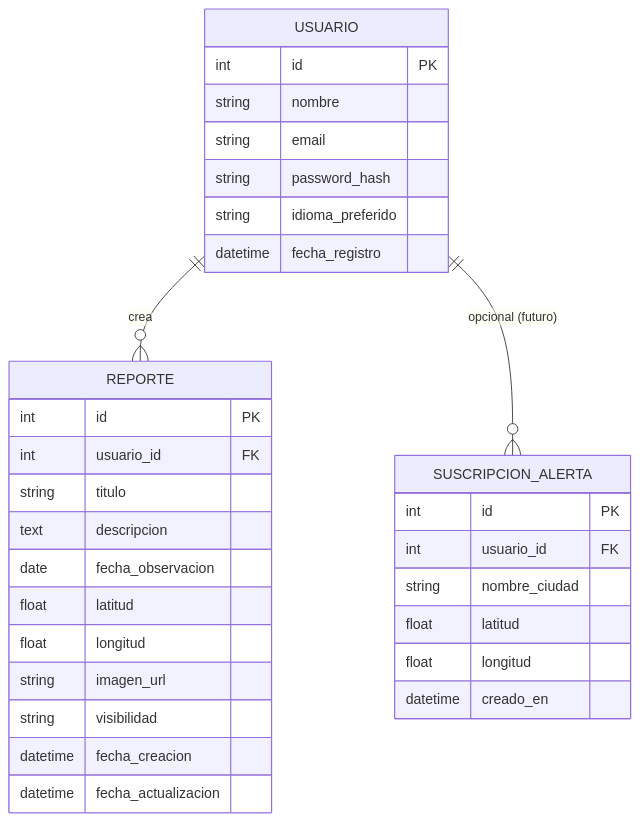
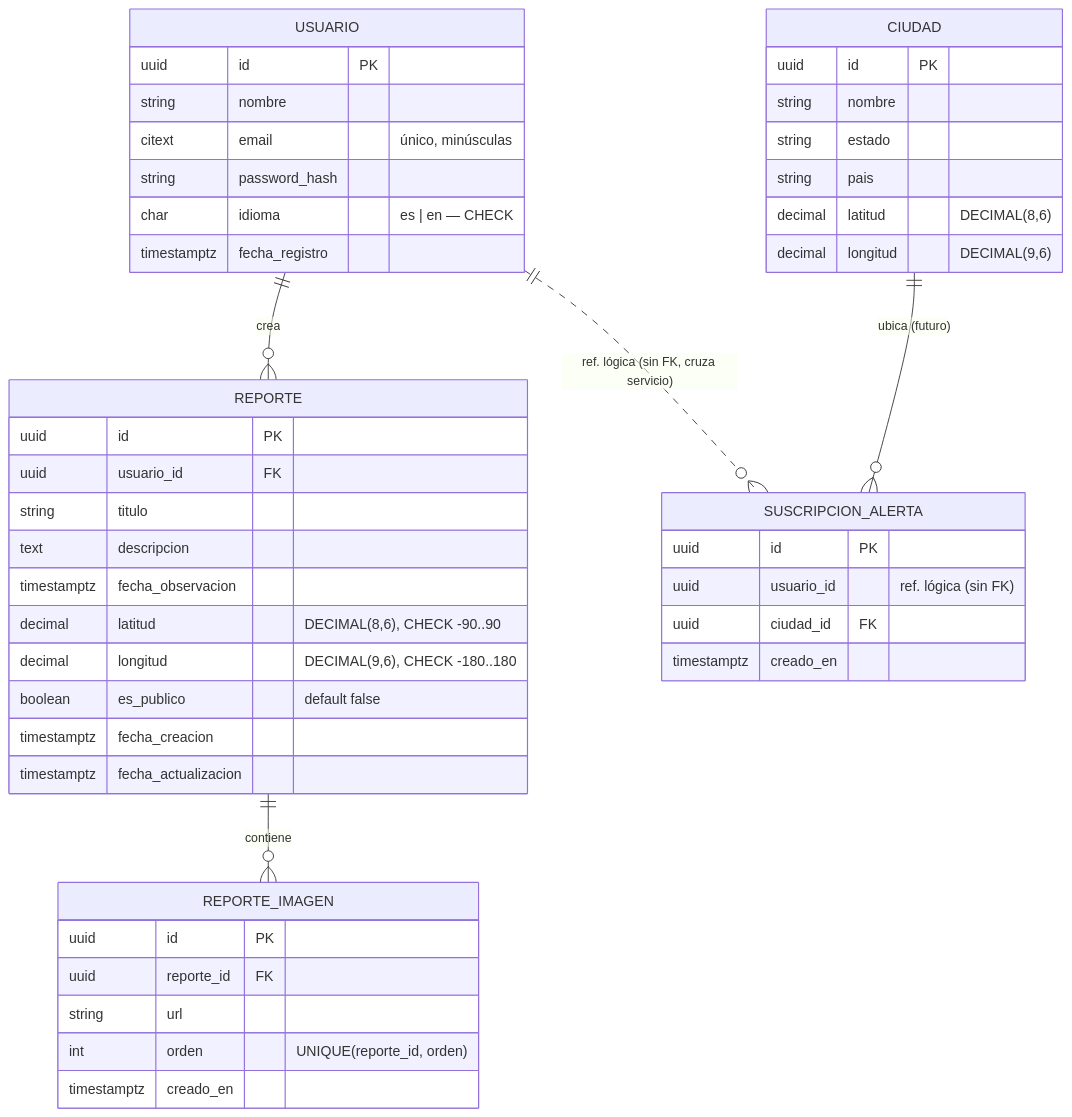
One commit to DjRober/spacemx changed the diagram in docs/modelo_datos.md. Above: the diagram before and after it, drawn with Mermaid. The commit also changed other lines of this file, not shown here.

````diff
--- a/docs/modelo_datos.md
+++ b/docs/modelo_datos.md
@@ -16,34 +22,49 @@
 ```mermaid
 erDiagram
     USUARIO ||--o{ REPORTE : crea
+    REPORTE ||--o{ REPORTE_IMAGEN : contiene
+    USUARIO ||..o{ SUSCRIPCION_ALERTA : "ref. lógica (sin FK, cruza servicio)"
+    CIUDAD ||--o{ SUSCRIPCION_ALERTA : "ubica (futuro)"
+
     USUARIO {
-        int id PK
+        uuid id PK
         string nombre
-        string email
+        citext email "único, minúsculas"
         string password_hash
-        string idioma_preferido
-        datetime fecha_registro
+        char idioma "es | en — CHECK"
+        timestamptz fecha_registro
     }
     REPORTE {
-        int id PK
-        int usuario_id FK
+        uuid id PK
+        uuid usuario_id FK
         string titulo
         text descripcion
-        date fecha_observacion
-        float latitud
-        float longitud
-        string imagen_url
-        string visibilidad
-        datetime fecha_creacion
-        datetime fecha_actualizacion
+        timestamptz fecha_observacion
+        decimal latitud "DECIMAL(8,6), CHECK -90..90"
+        decimal longitud "DECIMAL(9,6), CHECK -180..180"
+        boolean es_publico "default false"
+        timestamptz fecha_creacion
+        timestamptz fecha_actualizacion
+    }
+    REPORTE_IMAGEN {
+        uuid id PK
+        uuid reporte_id FK
+        string url
+        int orden "UNIQUE(reporte_id, orden)"
+        timestamptz creado_en
+    }
+    CIUDAD {
+        uuid id PK
+        string nombre
+        string estado
+        string pais
+        decimal latitud "DECIMAL(8,6)"
+        decimal longitud "DECIMAL(9,6)"
     }
     SUSCRIPCION_ALERTA {
-        int id PK
-        int usuario_id FK
-        string nombre_ciudad
-        float latitud
-        float longitud
-        datetime creado_en
+        uuid id PK
+        uuid usuario_id "ref. lógica (sin FK)"
+        uuid ciudad_id FK
+        timestamptz creado_en
     }
-    USUARIO ||--o{ SUSCRIPCION_ALERTA : "opcional (futuro)"
 ```
````
